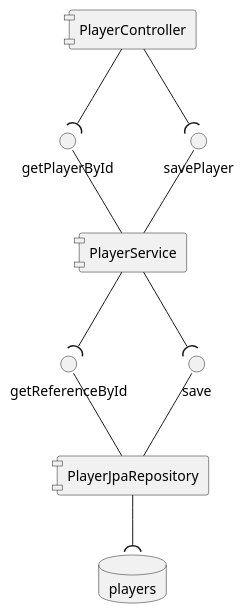
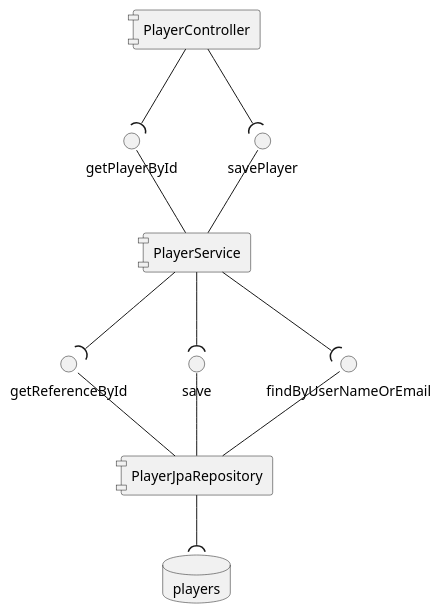
The diagram in docs/diagrams/model/components.puml (LeoLuiten/presentation), drawn with PlantUML before and after one commit. The commit also changed 4 other files, not shown here.

```diff
--- a/docs/diagrams/model/components.puml
+++ b/docs/diagrams/model/components.puml
@@ -1,18 +1,20 @@
 @startuml
 skinparam componentStyle uml1
 
 database "players"
 
 [PlayerController] --(getPlayerById
 [PlayerController] --(savePlayer
 
 [PlayerService] --(getReferenceById
 [PlayerService] --(save
+[PlayerService] --(findByUserNameOrEmail
 getPlayerById -- [PlayerService]
 savePlayer -- [PlayerService]
 
 [PlayerJpaRepository] --("players"
 getReferenceById --[PlayerJpaRepository]
 save -- [PlayerJpaRepository]
+findByUserNameOrEmail -- [PlayerJpaRepository]
 
 @enduml
```
